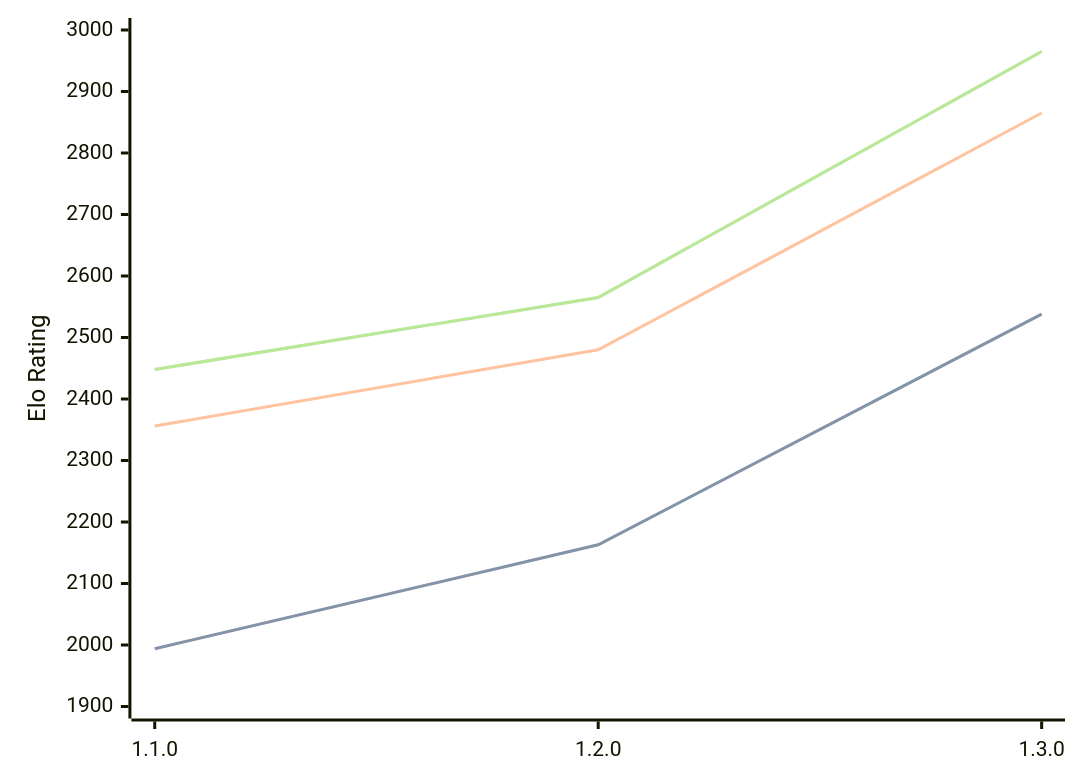
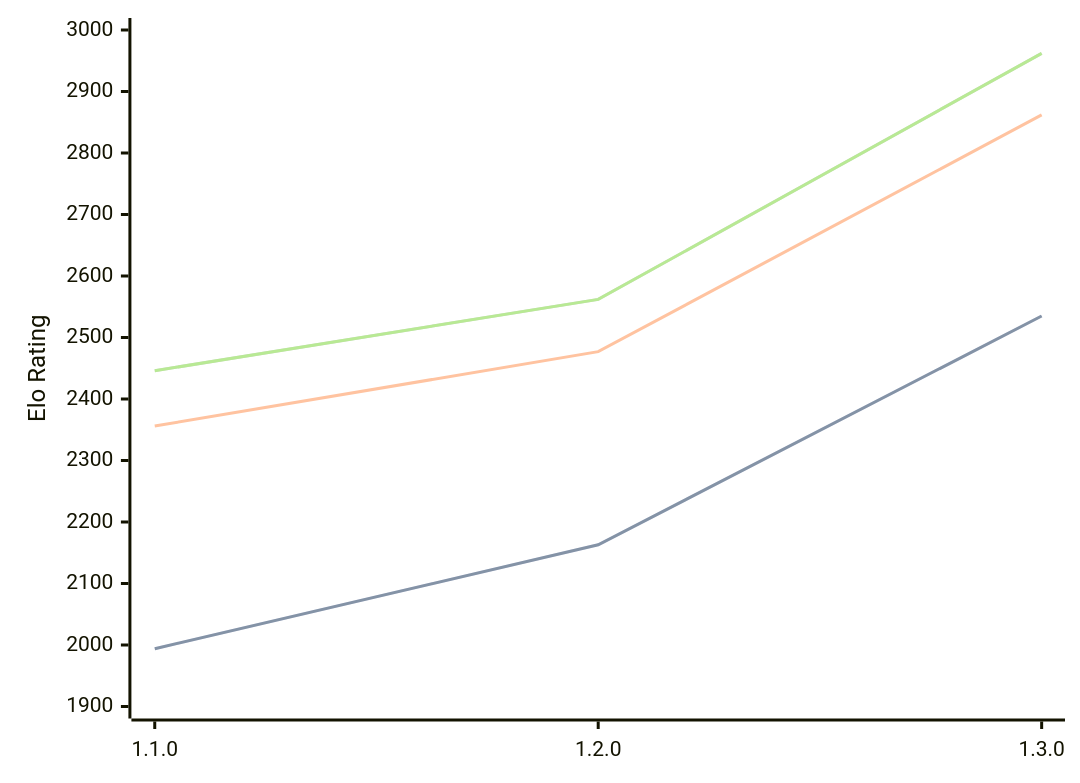
Before and after one commit to computer-chess-index/cci: the diagram in engines/Gyatso.md, drawn with Mermaid. The commit also changed other lines of this file, not shown here.

Commit message:
Update CCI Ratings (ELO VLTC) - 2026-04-23

````diff
--- a/engines/Gyatso.md
+++ b/engines/Gyatso.md
@@ -34,11 +34,11 @@
 ```mermaid
 %%{init: {"theme":"base","themeVariables":{"seriesColors:['#a3a3a3','#222221','#faa371']}}}%%
 xychart-beta
   x-axis ["1.1.0", "1.2.0", "1.3.0"]
   y-axis "Elo Rating" 1900 --> 3000
-  line "STC (8.0+0.08s)" [1994, 2163, 2538]
-  line "STC (8.0+0.08s)" [1994, 2163, 2538]
-  line "LTC (60.0+0.60s)" [2356, 2480, 2865]
-  line "VLTC (2m24s+1.12s)" [2448, 2565, 2965]
-  line "VLTC (2m24s+1.12s)" [2448, 2565, 2965]
+  line "STC (8.0+0.08s)" [1994, 2163, 2535]
+  line "STC (8.0+0.08s)" [1994, 2163, 2535]
+  line "LTC (60.0+0.60s)" [2356, 2477, 2862]
+  line "VLTC (2m24s+1.12s)" [2446, 2562, 2962]
+  line "VLTC (2m24s+1.12s)" [2446, 2562, 2962]
 ```
````
